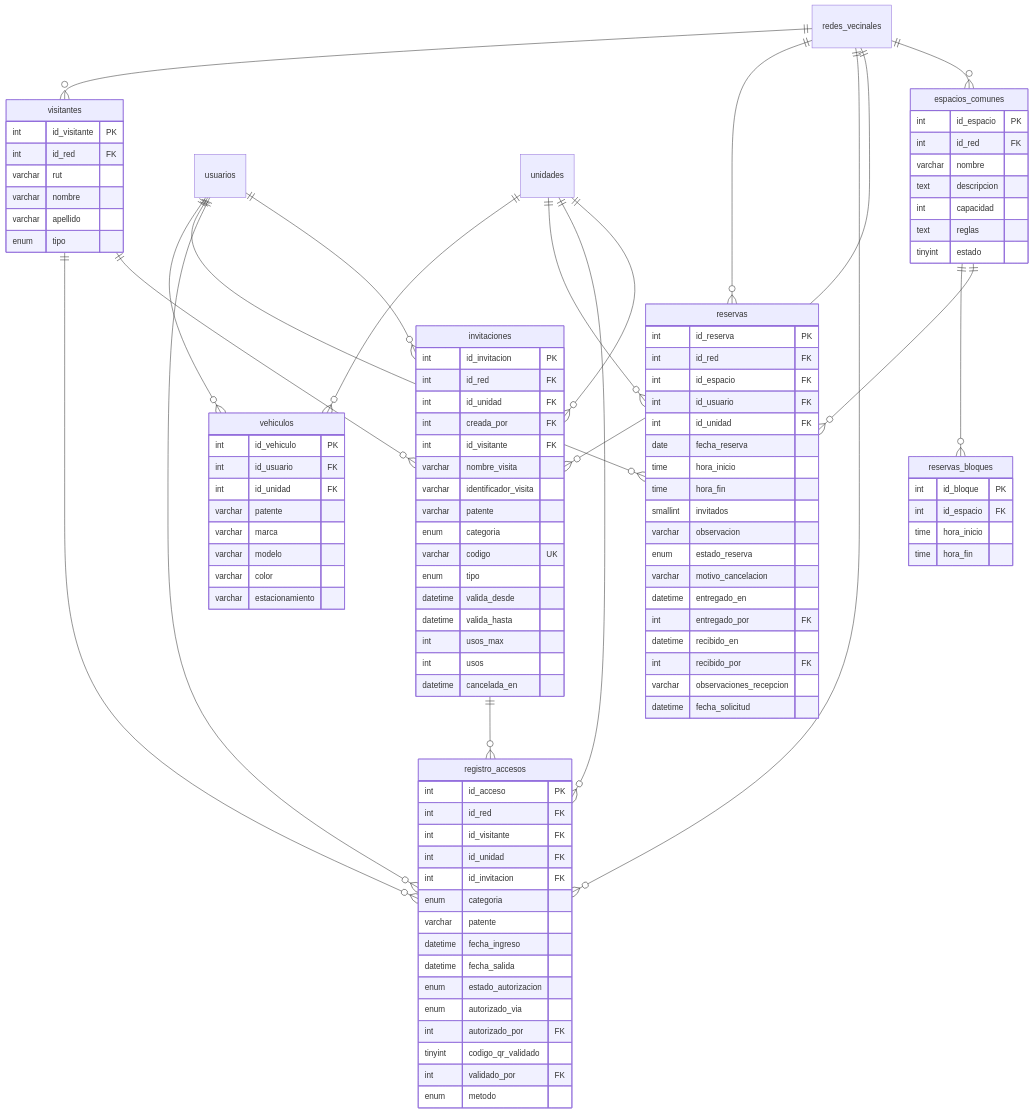
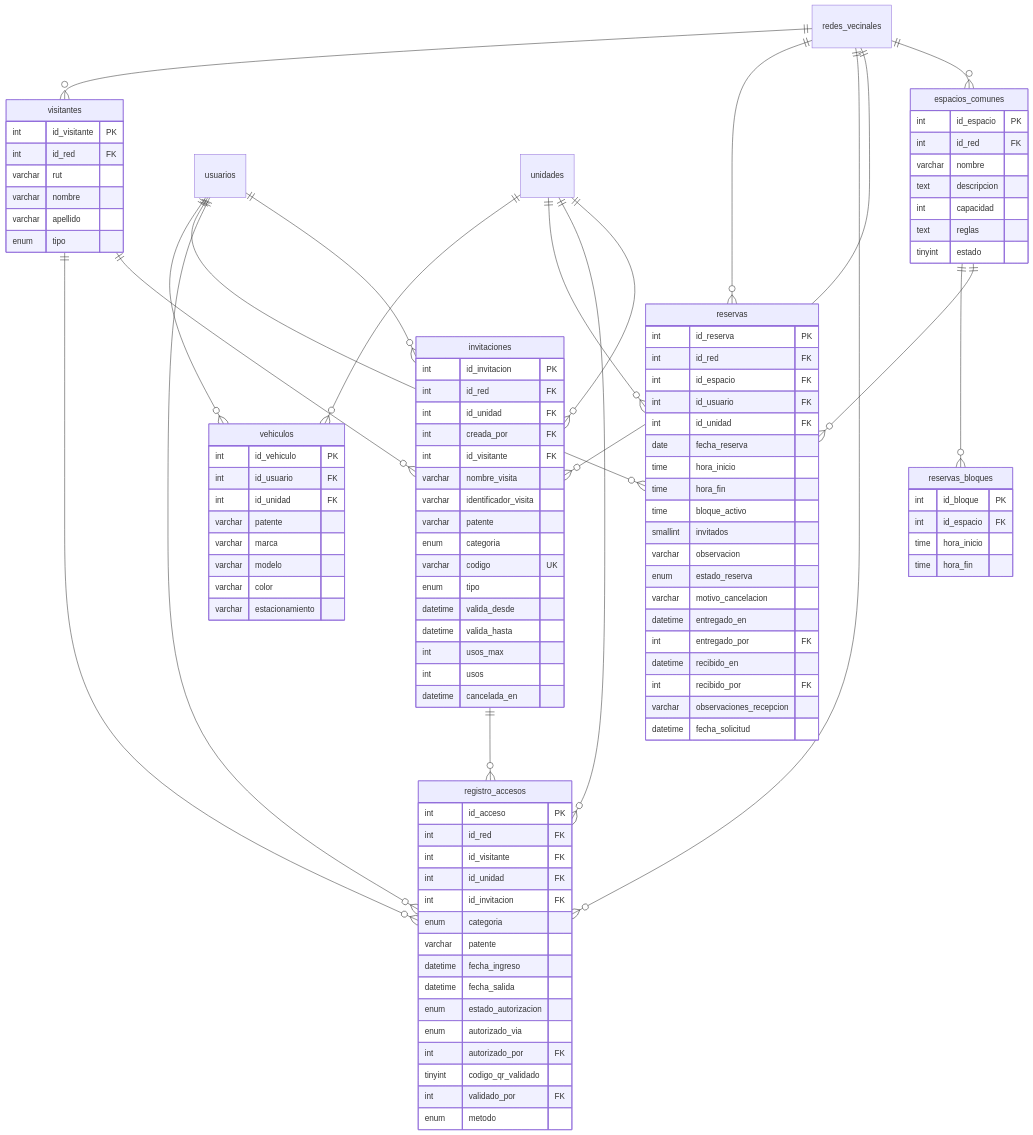
One commit to JonasMateosValenzuelaLopez/ProyectoTesis changed the sixth of 6 diagrams in FASE-2/Evidencias-Proyecto/Documentación/07-modelo-datos.md. Above: the diagram before and after it, drawn with Mermaid. The commit also changed other lines of this file and 31 other files, not shown here.

```diff
--- a/FASE-2/Evidencias-Proyecto/Documentación/07-modelo-datos.md
+++ b/FASE-2/Evidencias-Proyecto/Documentación/07-modelo-datos.md
@@ -534,6 +536,7 @@
         date fecha_reserva
         time hora_inicio
         time hora_fin
+        time bloque_activo
         smallint invitados
         varchar observacion
         enum estado_reserva
```
